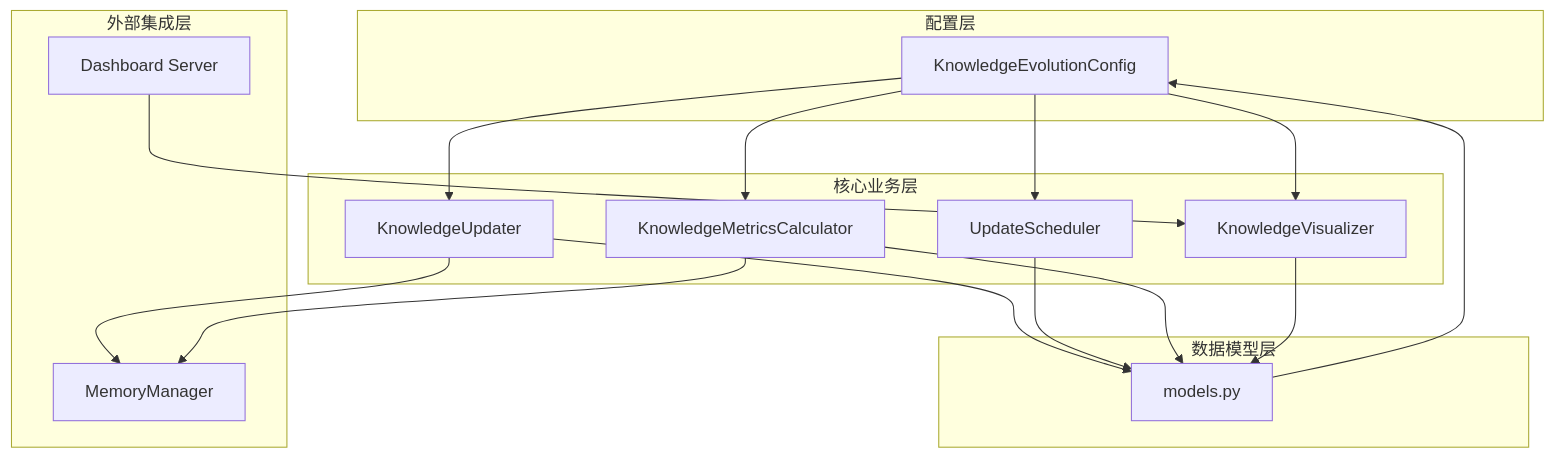
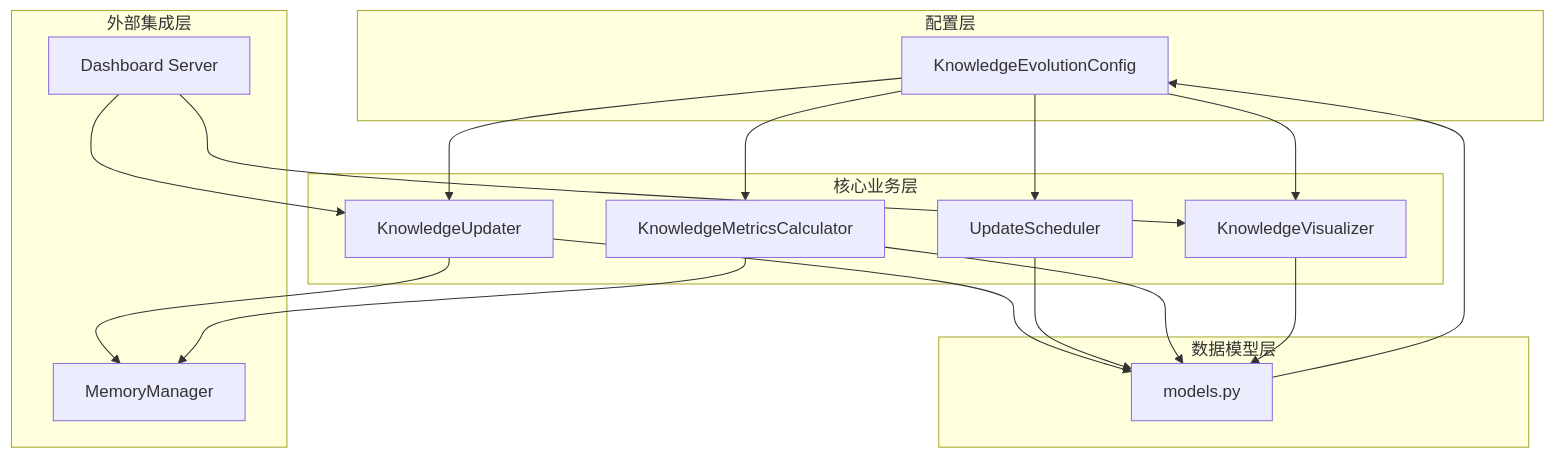
One commit to JieGaoPrinceton/NecoRAG changed the eighth of 8 diagrams in .qoder/repowiki/zh/content/知识演化系统/知识更新管理器.md. Above: the diagram before and after it, drawn with Mermaid. The commit also changed other lines of this file and 181 other files, not shown here.

````diff
--- a/.qoder/repowiki/zh/content/知识演化系统/知识更新管理器.md
+++ b/.qoder/repowiki/zh/content/知识演化系统/知识更新管理器.md
@@ -398,31 +388,32 @@
 ```mermaid
 graph TB
 subgraph "配置层"
 CF[KnowledgeEvolutionConfig]
 end
 subgraph "数据模型层"
 MD[models.py]
 MD --> CF
 end
 subgraph "核心业务层"
 UU[KnowledgeUpdater]
 US[UpdateScheduler]
 UM[KnowledgeMetricsCalculator]
 UV[KnowledgeVisualizer]
 UU --> MD
 US --> MD
 UM --> MD
 UV --> MD
 end
 subgraph "外部集成层"
 MM[MemoryManager]
 DS[Dashboard Server]
 UU --> MM
 UM --> MM
 DS --> UV
+DS --> UU
 end
 CF --> UU
 CF --> US
 CF --> UM
 CF --> UV
 ```
````
